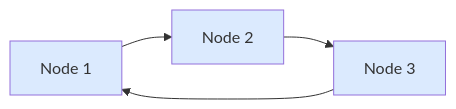
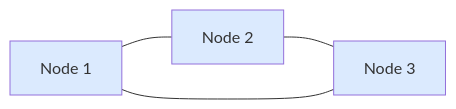
Before and after one commit to JiraPit/DeltaFabric: the diagram in visualization/example_topology.mmd, drawn with Mermaid. The commit also changed 37 other files, not shown here.

```diff
--- a/visualization/example_topology.mmd
+++ b/visualization/example_topology.mmd
@@ -1,8 +1,8 @@
 graph LR
-    N1[Node 1] --> N2[Node 2]
-    N2 --> N3[Node 3]
-    N3 --> N1
+    N1[Node 1] --- N2[Node 2]
+    N2 --- N3[Node 3]
+    N3 --- N1
 
     style N1 fill:#dbeafe
     style N2 fill:#dbeafe
     style N3 fill:#dbeafe
```
